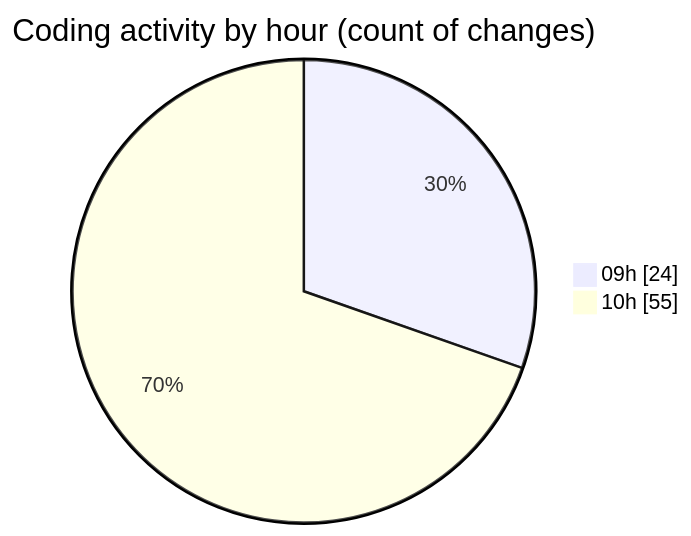
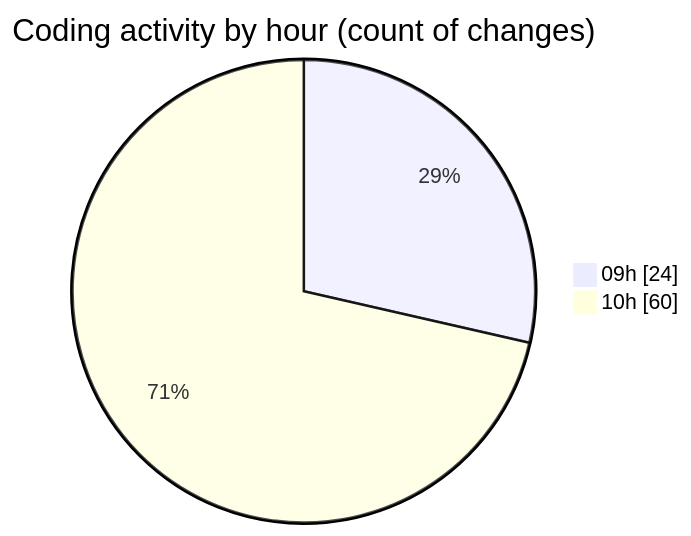
One commit to momahboobian/code-tracking changed the second of 2 diagrams in 2025-10-07/cda/README.md. Above: the diagram before and after it, drawn with Mermaid. The commit also changed other lines of this file and 1 other file, not shown here.

````diff
--- a/2025-10-07/cda/README.md
+++ b/2025-10-07/cda/README.md
@@ -35,6 +35,6 @@
 ```mermaid
 pie showData
 title Coding activity by hour (count of changes)
 "09h" : 24
-"10h" : 55
+"10h" : 60
 ```
````
